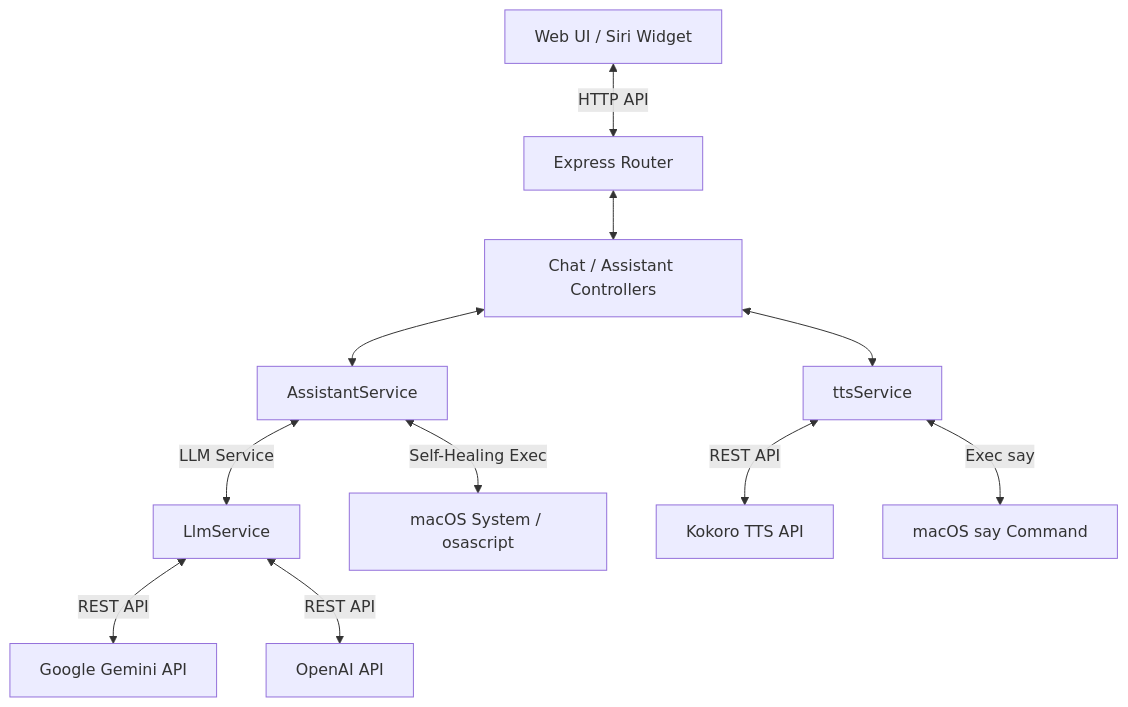
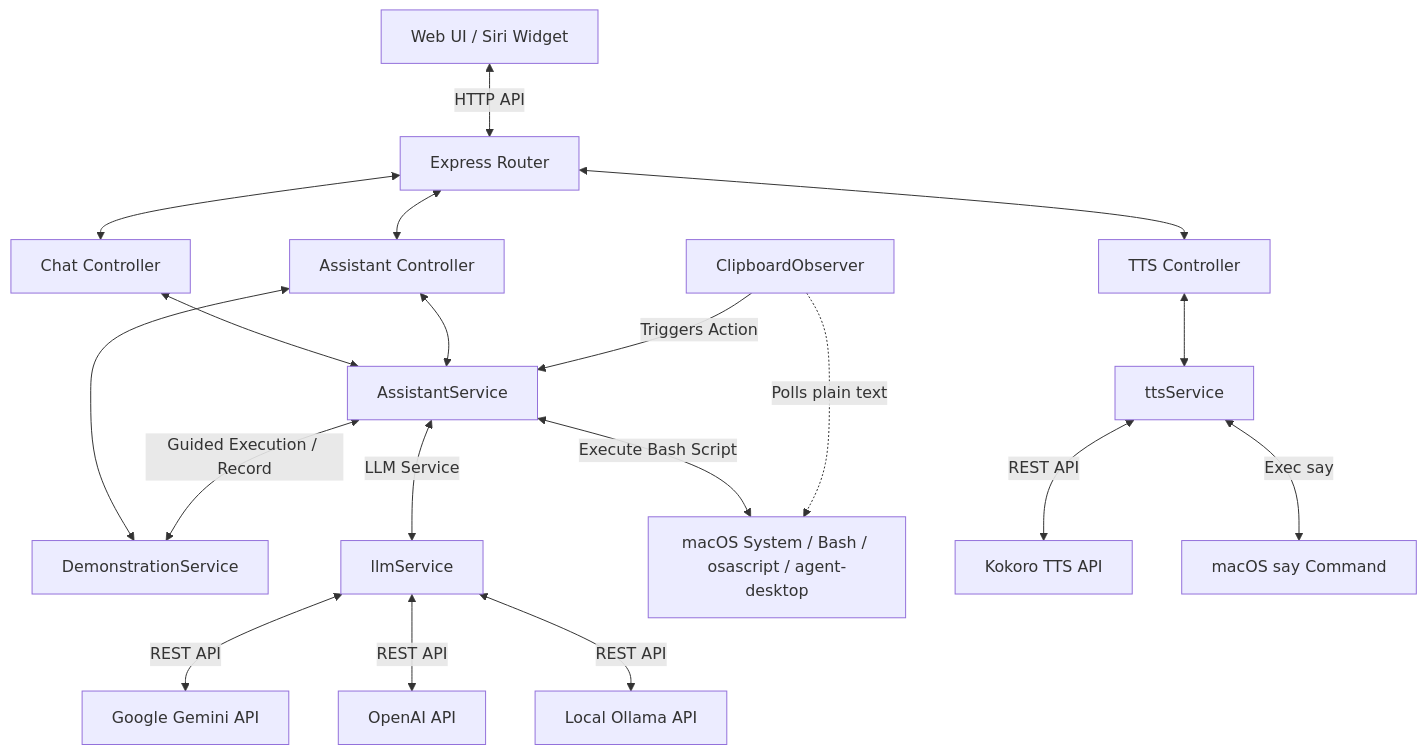
The first of 2 diagrams in README.md (krishnakanthpathi/kriko), drawn with Mermaid before and after one commit. The commit also changed other lines of this file and 3 other files, not shown here.

Commit message:
docs: update README flow diagrams and integrate clipboard observer with demo tracking

````diff
--- a/README.md
+++ b/README.md
@@ -26,16 +31,26 @@
 ```mermaid
 graph TD
     Client[Web UI / Siri Widget] <-->|HTTP API| Router[Express Router]
-    Router <--> Controller[Chat / Assistant Controllers]
-    Controller <--> Assistant[AssistantService]
-    Controller <--> TTS[ttsService]
+    Router <--> ChatCtrl[Chat Controller]
+    Router <--> AssistantCtrl[Assistant Controller]
+    Router <--> TTSCtrl[TTS Controller]
     
-    Assistant <-->|LLM Service| LLM[LlmService]
-    Assistant <-->|Self-Healing Exec| OS[macOS System / osascript]
+    ChatCtrl <--> AssistantService[AssistantService]
+    AssistantCtrl <--> AssistantService
+    AssistantCtrl <--> DemoService[DemonstrationService]
+    TTSCtrl <--> TTSService[ttsService]
+    
+    AssistantService <-->|LLM Service| LLM[llmService]
+    AssistantService <-->|Guided Execution / Record| DemoService
+    AssistantService <-->|Execute Bash Script| OS[macOS System / Bash / osascript / agent-desktop]
+    
+    Clipboard[ClipboardObserver] -.->|Polls plain text| OS
+    Clipboard -->|Triggers Action| AssistantService
     
     LLM <-->|REST API| Gemini[Google Gemini API]
     LLM <-->|REST API| OpenAI[OpenAI API]
+    LLM <-->|REST API| Ollama[Local Ollama API]
     
-    TTS <-->|REST API| Kokoro[Kokoro TTS API]
-    TTS <-->|Exec say| Say[macOS say Command]
+    TTSService <-->|REST API| Kokoro[Kokoro TTS API]
+    TTSService <-->|Exec say| Say[macOS say Command]
 ```
````
